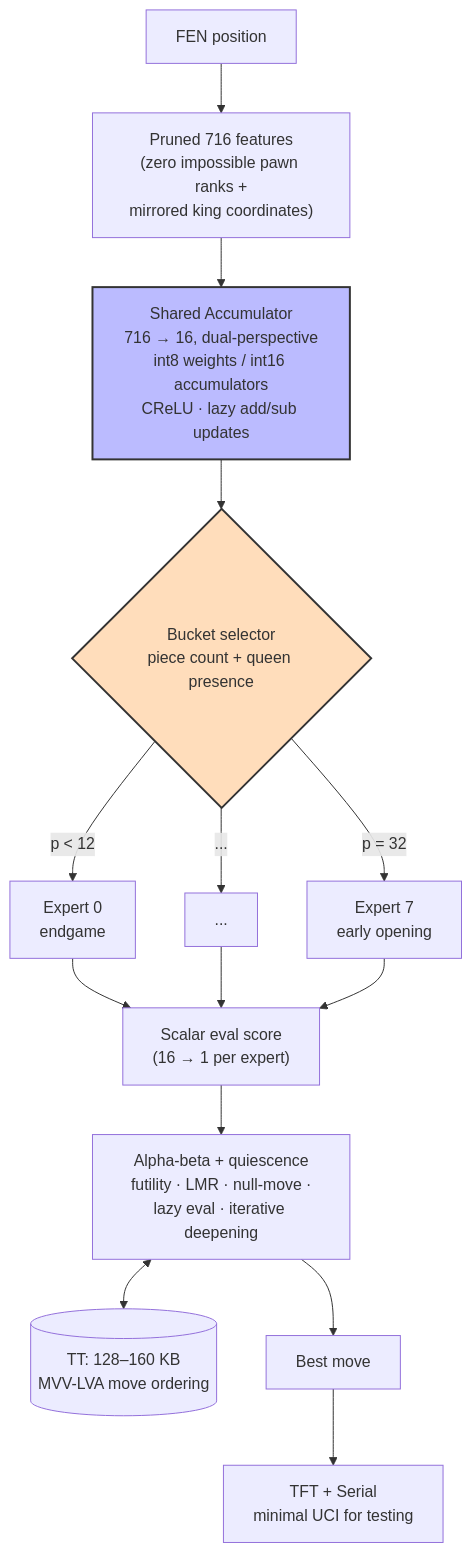
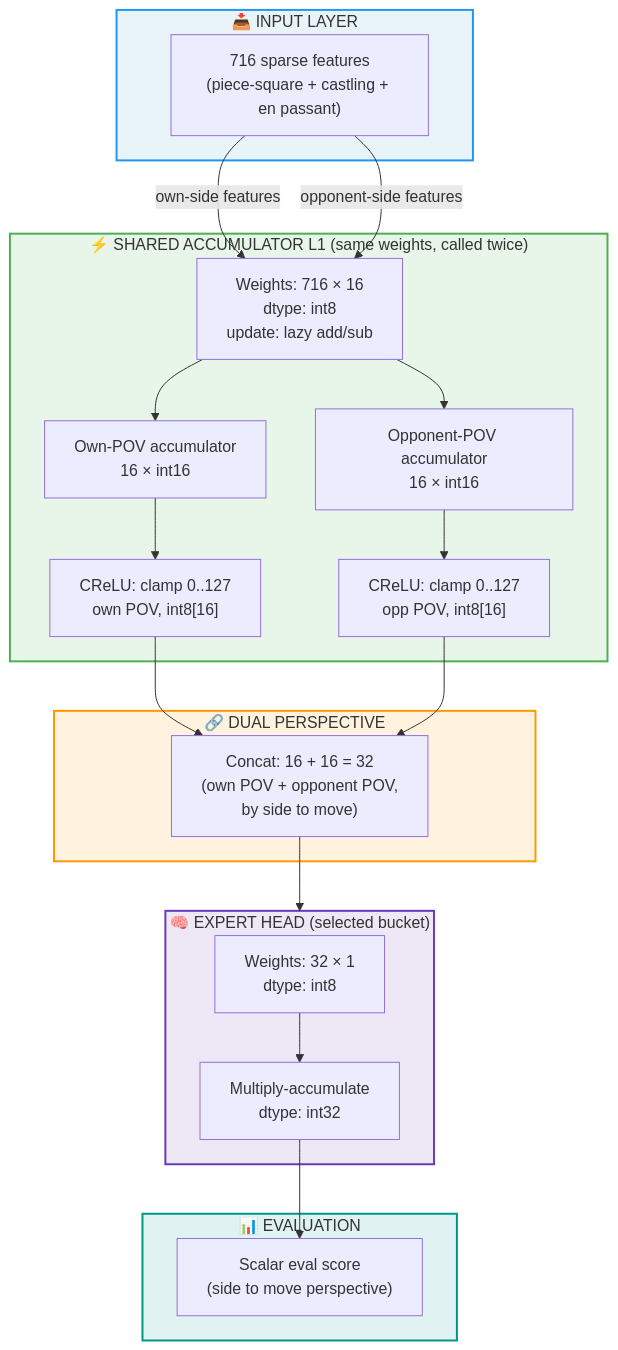
One commit to Omega97/TinyML_Internship changed the third of 3 diagrams in NOTES/SARDINE Engine Blueprint.md. Above: the diagram before and after it, drawn with Mermaid. The commit also changed other lines of this file, not shown here.

Commit message:
mermaid plots update

````diff
--- a/NOTES/SARDINE Engine Blueprint.md
+++ b/NOTES/SARDINE Engine Blueprint.md
@@ -68,22 +149,43 @@
 ```mermaid
 flowchart TD
-    FEN["FEN position"] --> FEAT["Pruned 716 features<br/>(zero impossible pawn ranks +<br/>mirrored king coordinates)"]
+    subgraph INPUT["📥 INPUT LAYER"]
+        X["716 sparse features<br/>(piece-square + castling + en passant)"]
+    end
 
-    FEAT --> ACC["Shared Accumulator<br/>716 → 16, dual-perspective<br/>int8 weights / int16 accumulators<br/>CReLU · lazy add/sub updates"]
+    subgraph ACC["⚡ SHARED ACCUMULATOR L1 (same weights, called twice)"]
+        W["Weights: 716 × 16<br/>dtype: int8<br/>update: lazy add/sub"]
+        A1["Own-POV accumulator<br/>16 × int16"]
+        A2["Opponent-POV accumulator<br/>16 × int16"]
+        C1["CReLU: clamp 0..127<br/>own POV, int8[16]"]
+        C2["CReLU: clamp 0..127<br/>opp POV, int8[16]"]
+        W --> A1 --> C1
+        W --> A2 --> C2
+    end
 
-    ACC --> BUCKET{"Bucket selector<br/>piece count + queen presence"}
+    subgraph CONCAT["🔗 DUAL PERSPECTIVE"]
+        D["Concat: 16 + 16 = 32<br/>(own POV + opponent POV,<br/>by side to move)"]
+    end
 
-    BUCKET -->|"p < 12"| E0["Expert 0<br/>endgame"]
-    BUCKET -->|"..."| E1["..."]
-    BUCKET -->|"p = 32"| E7["Expert 7<br/>early opening"]
+    subgraph EXPERT["🧠 EXPERT HEAD (selected bucket)"]
+        E["Weights: 32 × 1<br/>dtype: int8"]
+        MAC["Multiply-accumulate<br/>dtype: int32"]
+        E --> MAC
+    end
 
-    E0 & E1 & E7 --> OUT["Scalar eval score<br/>(16 → 1 per expert)"]
+    subgraph OUT["📊 EVALUATION"]
+        Y["Scalar eval score<br/>(side to move perspective)"]
+    end
 
-    OUT --> SEARCH["Alpha-beta + quiescence<br/>futility · LMR · null-move ·<br/>lazy eval · iterative deepening"]
-    SEARCH <--> TT[("TT: 128–160 KB<br/>MVV-LVA move ordering")]
-    SEARCH --> BEST["Best move"]
-    BEST --> IO["TFT + Serial<br/>minimal UCI for testing"]
+    X -->|"own-side features"| W
+    X -->|"opponent-side features"| W
+    C1 --> D
+    C2 --> D
+    D --> EXPERT
+    MAC --> Y
 
-    style ACC fill:#bbf,stroke:#333,stroke-width:2px
-    style BUCKET fill:#fdb,stroke:#333,stroke-width:2px
+    style INPUT fill:#e8f4f8,stroke:#2196F3,stroke-width:2px
+    style ACC fill:#e8f5e9,stroke:#4CAF50,stroke-width:2px
+    style CONCAT fill:#fff3e0,stroke:#FF9800,stroke-width:2px
+    style EXPERT fill:#ede7f6,stroke:#673AB7,stroke-width:2px
+    style OUT fill:#e0f2f1,stroke:#009688,stroke-width:2px
 ```
````
